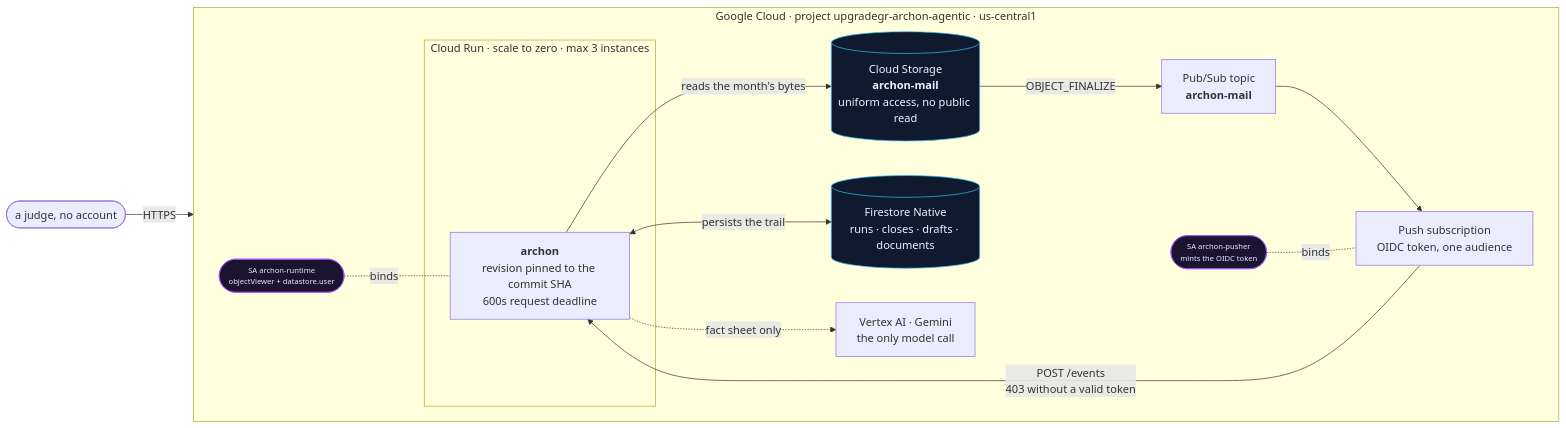
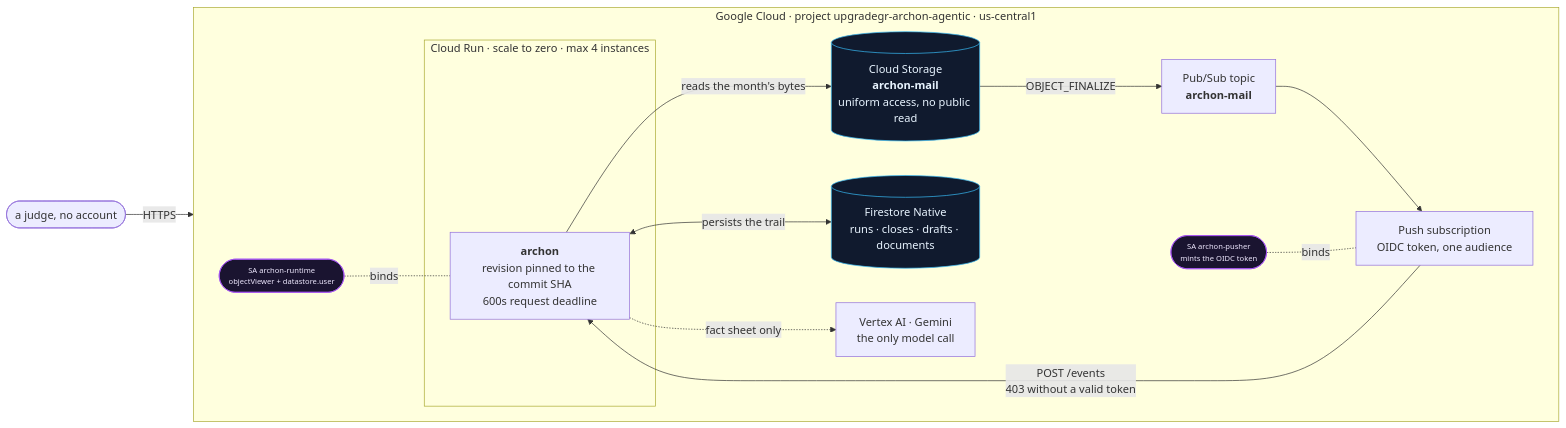
One commit to upgradedev/archon-gcp-agentic changed the first of 3 diagrams in README.md. Above: the diagram before and after it, drawn with Mermaid. The commit also changed other lines of this file and 5 other files, not shown here.

````diff
--- a/README.md
+++ b/README.md
@@ -468,28 +468,28 @@
 ```mermaid
 flowchart LR
     subgraph gcp["Google Cloud · project upgradegr-archon-agentic · us-central1"]
         direction LR
         gcs[("Cloud Storage<br/><b>archon-mail</b><br/>uniform access, no public read")]
         topic["Pub/Sub topic<br/><b>archon-mail</b>"]
         sub["Push subscription<br/>OIDC token, one audience"]
-        subgraph run["Cloud Run · scale to zero · max 3 instances"]
+        subgraph run["Cloud Run · scale to zero · max 4 instances"]
             svc["<b>archon</b><br/>revision pinned to the commit SHA<br/>600s request deadline"]
         end
         fs[("Firestore Native<br/>runs · closes · drafts · documents")]
         vertex["Vertex AI · Gemini<br/>the only model call"]
         sa1(["SA archon-runtime<br/>objectViewer + datastore.user"]):::idsty
         sa2(["SA archon-pusher<br/>mints the OIDC token"]):::idsty
     end
     judge(["a judge, no account"]) -->|HTTPS| svc
 
     gcs -->|OBJECT_FINALIZE| topic --> sub -->|POST /events<br/>403 without a valid token| svc
     svc -->|reads the month's bytes| gcs
     svc <-->|persists the trail| fs
     svc -.->|fact sheet only| vertex
     sa1 -. binds .- svc
     sa2 -. binds .- sub
 
     classDef idsty fill:#1a1430,stroke:#a855f7,color:#efe9ff,font-size:11px
     classDef store fill:#101a2e,stroke:#38bdf8,color:#e8f4ff
     class gcs,fs store
 ```
````
